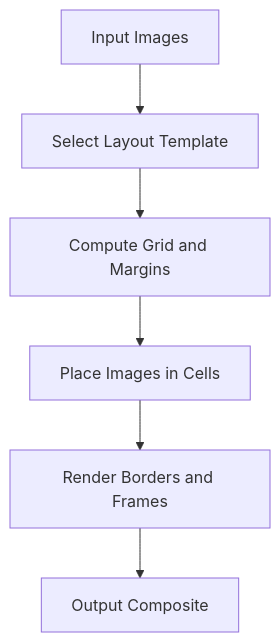
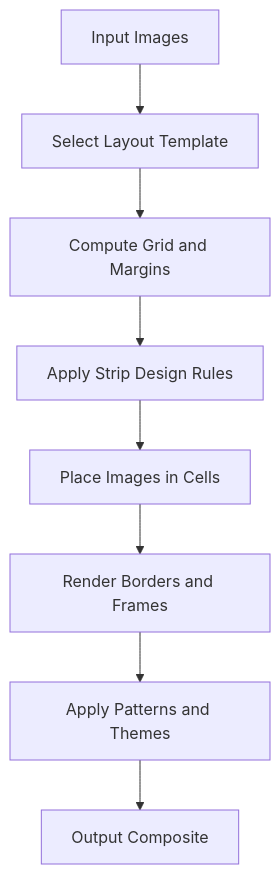
One commit to zuychin03/zuychin-photobooth changed the seventh of 8 diagrams in .qoder/repowiki/en/content/Photo Editing Pipeline/Image Composition.md. Above: the diagram before and after it, drawn with Mermaid. The commit also changed other lines of this file and 51 other files, not shown here.

````diff
--- a/.qoder/repowiki/en/content/Photo Editing Pipeline/Image Composition.md
+++ b/.qoder/repowiki/en/content/Photo Editing Pipeline/Image Composition.md
@@ -257,8 +360,10 @@
 ```mermaid
 flowchart TD
 A["Input Images"] --> B["Select Layout Template"]
 B --> C["Compute Grid and Margins"]
-C --> D["Place Images in Cells"]
-D --> E["Render Borders and Frames"]
-E --> F["Output Composite"]
+C --> D["Apply Strip Design Rules"]
+D --> E["Place Images in Cells"]
+E --> F["Render Borders and Frames"]
+F --> G["Apply Patterns and Themes"]
+G --> H["Output Composite"]
 ```
````
